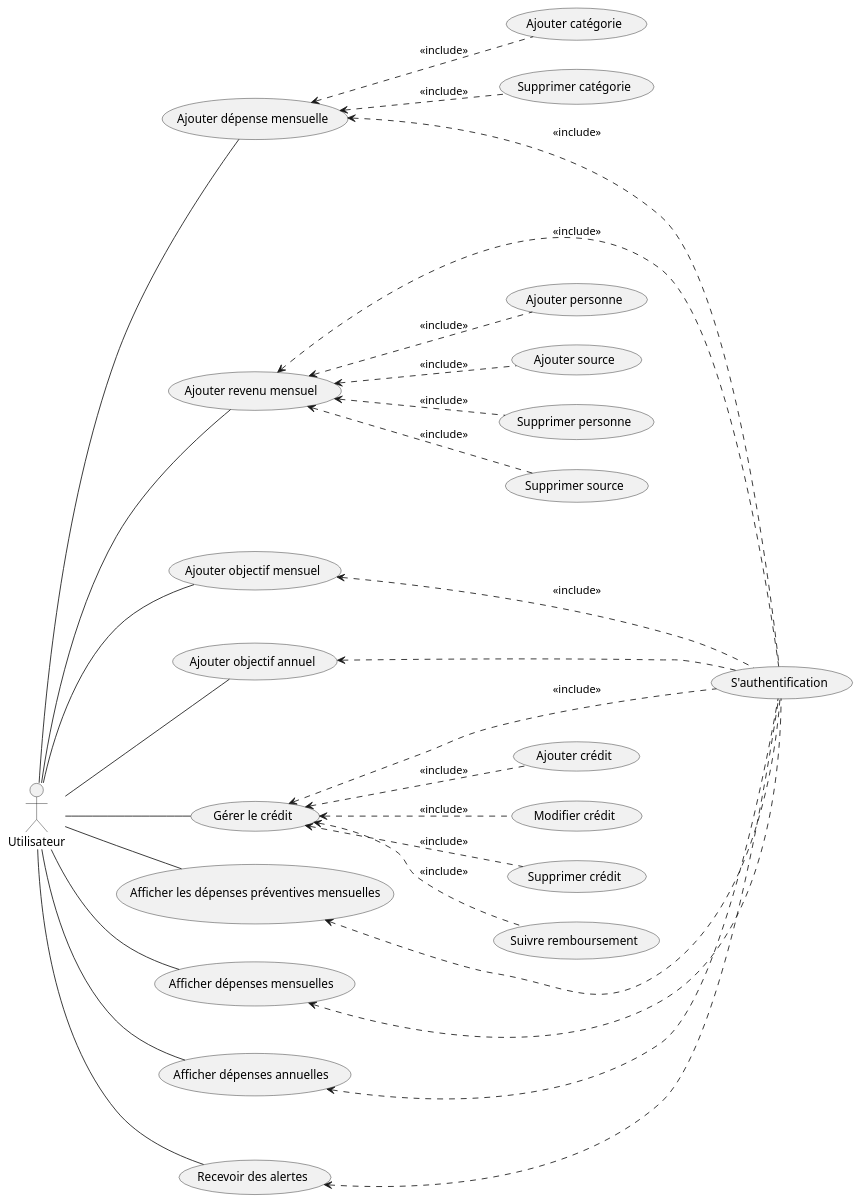
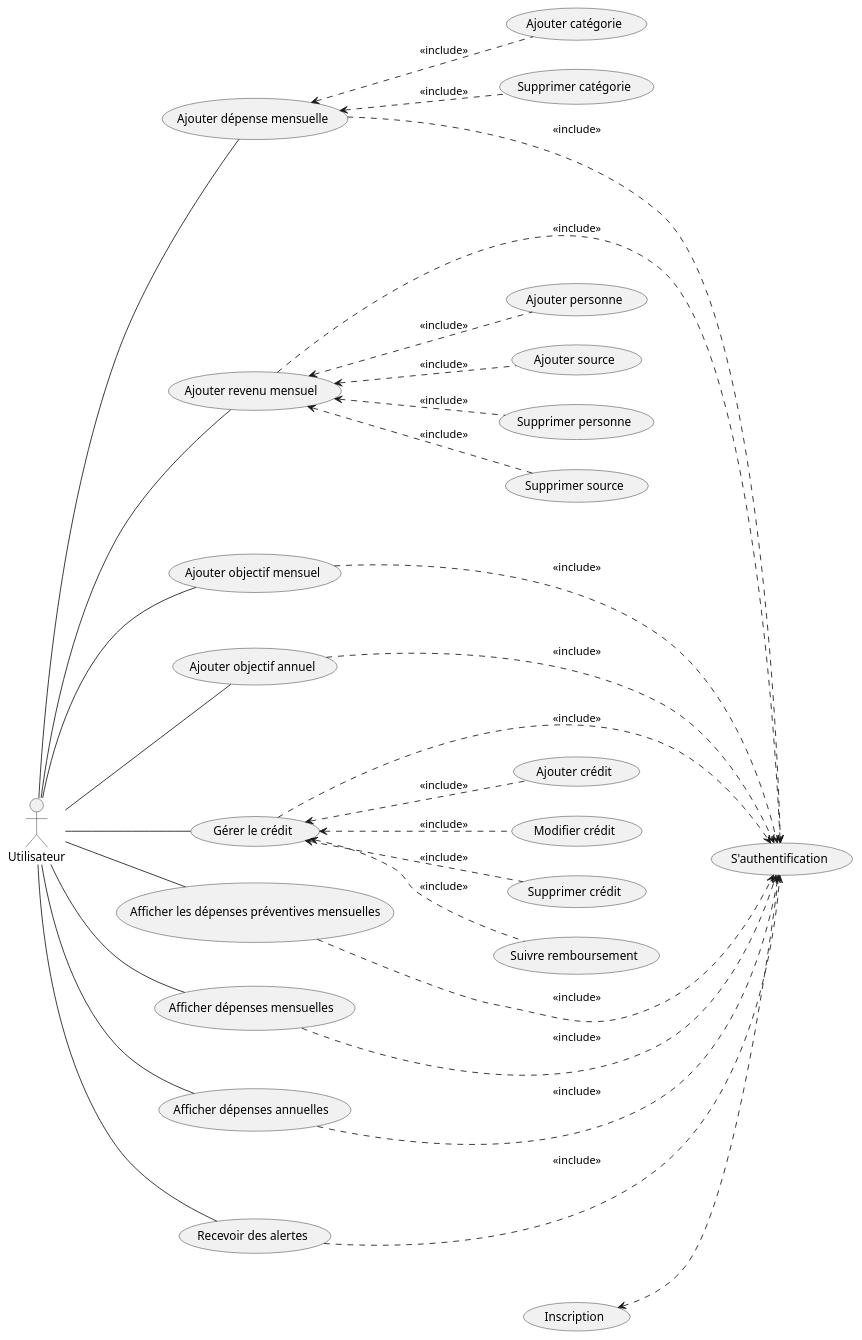
Before and after one commit to samiaBoug/Projet-de-lancement-des-projets-fils-rouges: the diagram in Analyse/casUtilisation.puml, drawn with PlantUML.

Commit message:
Diagramme de cas d'utilisation

```diff
--- a/Analyse/casUtilisation.puml
+++ b/Analyse/casUtilisation.puml
@@ -1,52 +1,54 @@
 @startuml
 left to right direction
 
 actor "Utilisateur" as utilisateur
 
 
 utilisateur -- (Ajouter dépense mensuelle)
 utilisateur -- (Ajouter revenu mensuel )
 utilisateur -- (Ajouter objectif mensuel)
 utilisateur -- (Ajouter objectif annuel)
 utilisateur -- (Gérer le crédit)
 utilisateur -- (Afficher les dépenses préventives mensuelles)
 utilisateur -- (Afficher dépenses mensuelles )
 utilisateur -- (Afficher dépenses annuelles )
 utilisateur -- (Recevoir des alertes)
  
 
 (Ajouter dépense mensuelle) <.. (Ajouter catégorie) : <<include>>
 (Ajouter dépense mensuelle) <.. (Supprimer catégorie) : <<include>>
-(Ajouter dépense mensuelle) <... (S'authentification) : <<include>>
+(Ajouter dépense mensuelle) ...> (S'authentification) : <<include>>
 
 
 (Ajouter revenu mensuel ) <.. (Ajouter personne) : <<include>>
 (Ajouter revenu mensuel ) <.. (Ajouter source) : <<include>>
 (Ajouter revenu mensuel ) <.. (Supprimer personne) : <<include>>
 (Ajouter revenu mensuel ) <.. (Supprimer source) : <<include>>
-(Ajouter revenu mensuel ) <... (S'authentification) : <<include>>
+(Ajouter revenu mensuel ) ...> (S'authentification) : <<include>>
 
 
-(Gérer le crédit) <.. (Ajouter crédit) : <<include>>
-(Gérer le crédit) <.. (Modifier crédit) : <<include>>
-(Gérer le crédit) <.. (Supprimer crédit) : <<include>>
-(Gérer le crédit) <.. (Suivre remboursement) : <<include>>
-(Gérer le crédit) <... (S'authentification) : <<include>>
+(Gérer le crédit) <.. (Ajouter crédit) :<<include>>
+(Gérer le crédit) <.. (Modifier crédit)  :<<include>>
+(Gérer le crédit) <.. (Supprimer crédit)  :<<include>>
+(Gérer le crédit) <.. (Suivre remboursement) :<<include>>
+(Gérer le crédit) ...> (S'authentification) : <<include>>
 
-(Ajouter objectif mensuel) <... (S'authentification) :<<include>>
-(Ajouter objectif annuel) <... (S'authentification)
-(Afficher les dépenses préventives mensuelles) <...(S'authentification)
-(Afficher dépenses mensuelles ) <... (S'authentification) 
-(Afficher dépenses annuelles ) <... (S'authentification) 
-(Recevoir des alertes) <... (S'authentification) 
+(Ajouter objectif mensuel) ...> (S'authentification) :<<include>>
+(Ajouter objectif annuel) ...> (S'authentification) :<<include>>
+(Afficher les dépenses préventives mensuelles) ...>(S'authentification) :<<include>>
+(Afficher dépenses mensuelles ) ...> (S'authentification) :<<include>>
+(Afficher dépenses annuelles ) ...> (S'authentification) :<<include>>
+(Recevoir des alertes) ...> (S'authentification) :<<include>>
+
+(Inscription) <.. (S'authentification)
 
 
 
 
 
 
 
 
 
 
 @enduml
```
